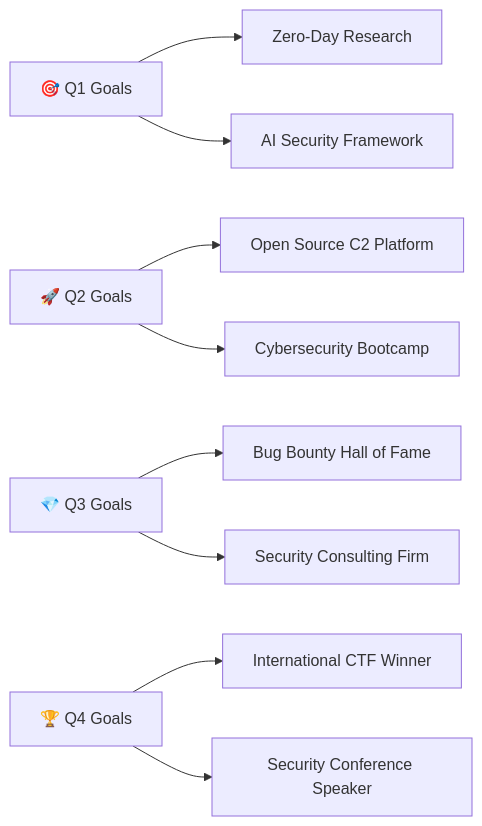
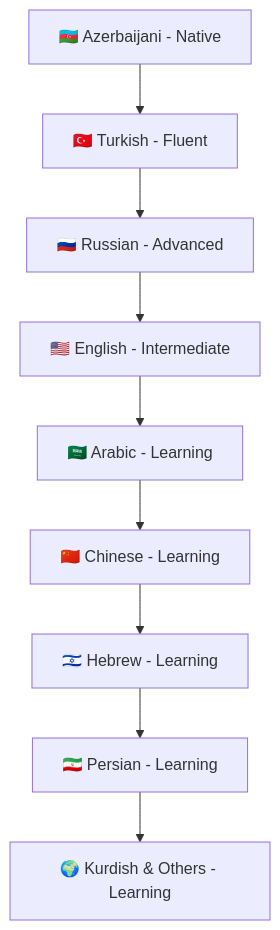
Before and after one commit to daghlar/daghlar: the first of 2 diagrams in README.md, drawn with Mermaid. The commit also changed other lines of this file, not shown here.

````diff
--- a/README.md
+++ b/README.md
@@ -140,11 +182,11 @@
 ```mermaid
-graph LR
-    A[🎯 Q1 Goals] --> B[Zero-Day Research]
-    A --> C[AI Security Framework]
-    D[🚀 Q2 Goals] --> E[Open Source C2 Platform]
-    D --> F[Cybersecurity Bootcamp]
-    G[💎 Q3 Goals] --> H[Bug Bounty Hall of Fame]
-    G --> I[Security Consulting Firm]
-    J[🏆 Q4 Goals] --> K[International CTF Winner]
-    J --> L[Security Conference Speaker]
+graph TD
+    A[🇦🇿 Azerbaijani - Native] --> B[🇹🇷 Turkish - Fluent]
+    B --> C[🇷🇺 Russian - Advanced]
+    C --> D[🇺🇸 English - Intermediate]
+    D --> E[🇸🇦 Arabic - Learning]
+    E --> F[🇨🇳 Chinese - Learning]
+    F --> G[🇮🇱 Hebrew - Learning]
+    G --> H[🇮🇷 Persian - Learning]
+    H --> I[🌍 Kurdish & Others - Learning]
 ```
````
